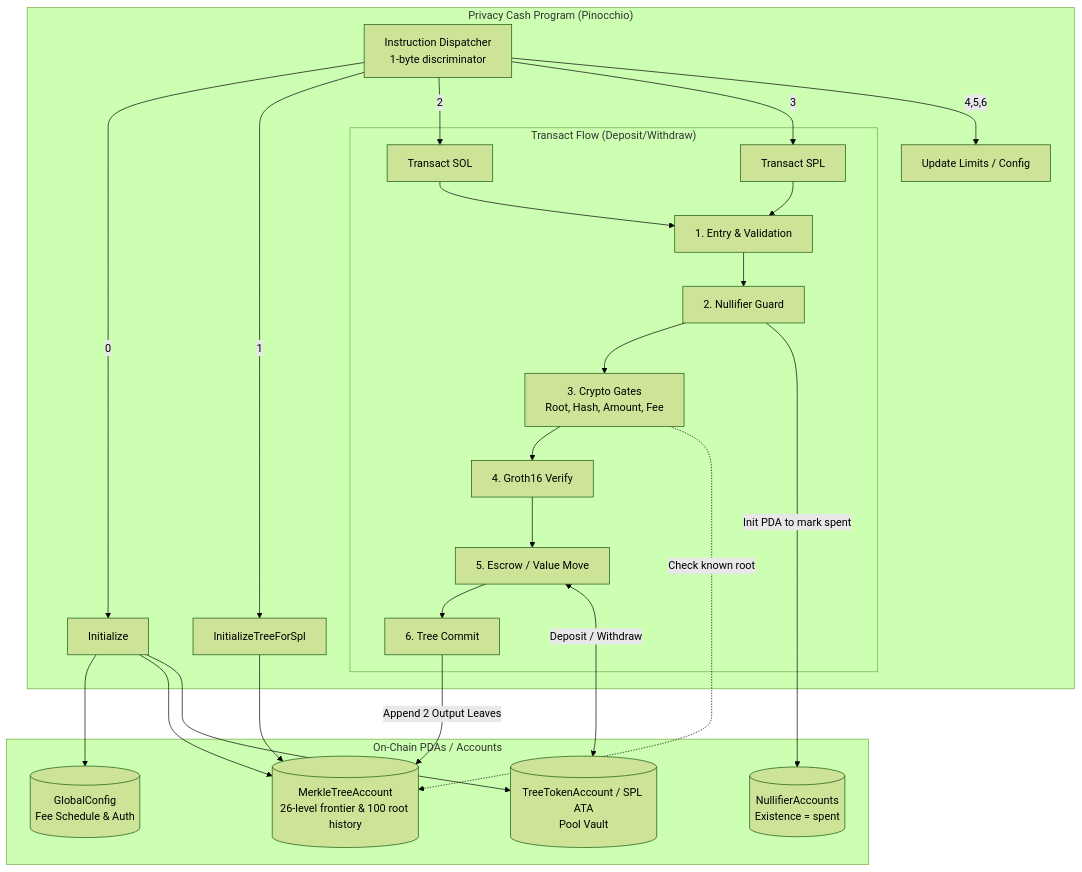
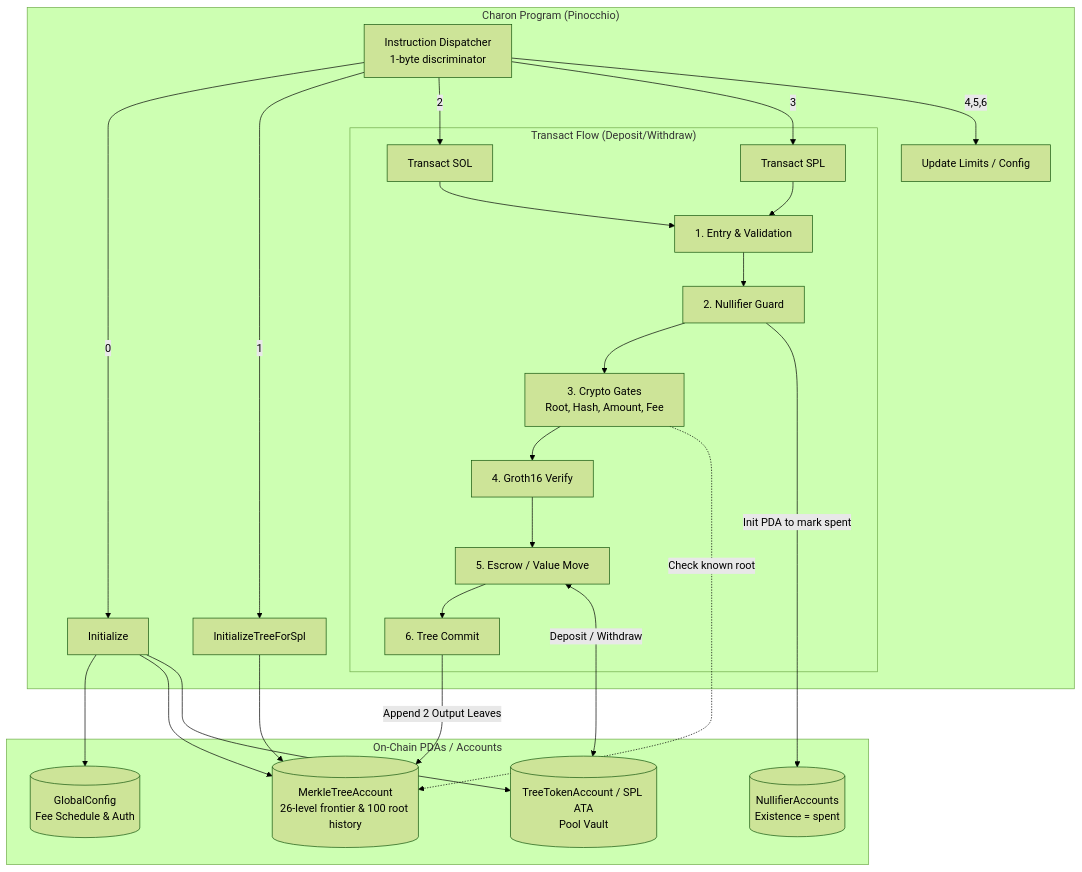
The diagram in onchain_architecture.md (CharonProtocol/charon-cash), drawn with Mermaid (forest theme) before and after one commit. The commit also changed other lines of this file and 101 other files, not shown here.

````diff
--- a/onchain_architecture.md
+++ b/onchain_architecture.md
@@ -11,42 +11,42 @@
 ```mermaid
 graph TD
-    subgraph "Privacy Cash Program (Pinocchio)"
+    subgraph "Charon Program (Pinocchio)"
         Dispatcher[Instruction Dispatcher<br/>1-byte discriminator]
         
         %% 7 Instructions
         Dispatcher -->|0| Init[Initialize]
         Dispatcher -->|1| InitSPL[InitializeTreeForSpl]
         Dispatcher -->|2| TransactSOL[Transact SOL]
         Dispatcher -->|3| TransactSPL[Transact SPL]
         Dispatcher -->|4,5,6| Admin[Update Limits / Config]
 
         subgraph "Transact Flow (Deposit/Withdraw)"
             TransactSOL --> Entry
             TransactSPL --> Entry
             
             Entry[1. Entry & Validation] --> Guard[2. Nullifier Guard]
             Guard --> Crypto[3. Crypto Gates<br/>Root, Hash, Amount, Fee]
             Crypto --> Verify[4. Groth16 Verify]
             Verify --> Value[5. Escrow / Value Move]
             Value --> Tree[6. Tree Commit]
         end
     end
 
     subgraph "On-Chain PDAs / Accounts"
         GlobalCfg[(GlobalConfig<br/>Fee Schedule & Auth)]
         MerkleTree[(MerkleTreeAccount<br/>26-level frontier & 100 root history)]
         Vault[(TreeTokenAccount / SPL ATA<br/>Pool Vault)]
         Nullifiers[(NullifierAccounts<br/>Existence = spent)]
     end
 
     %% Connections
     Init --> GlobalCfg
     Init --> MerkleTree
     Init --> Vault
     InitSPL --> MerkleTree
     
     Guard -->|Init PDA to mark spent| Nullifiers
     Value <-->|Deposit / Withdraw| Vault
     Tree -->|Append 2 Output Leaves| MerkleTree
     Crypto -.->|Check known root| MerkleTree
 ```
````
